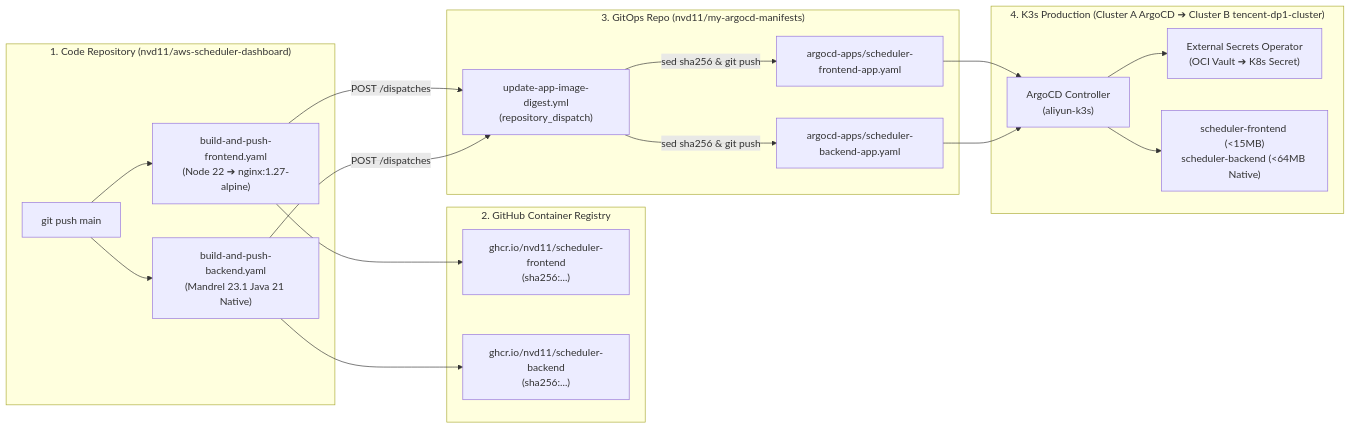
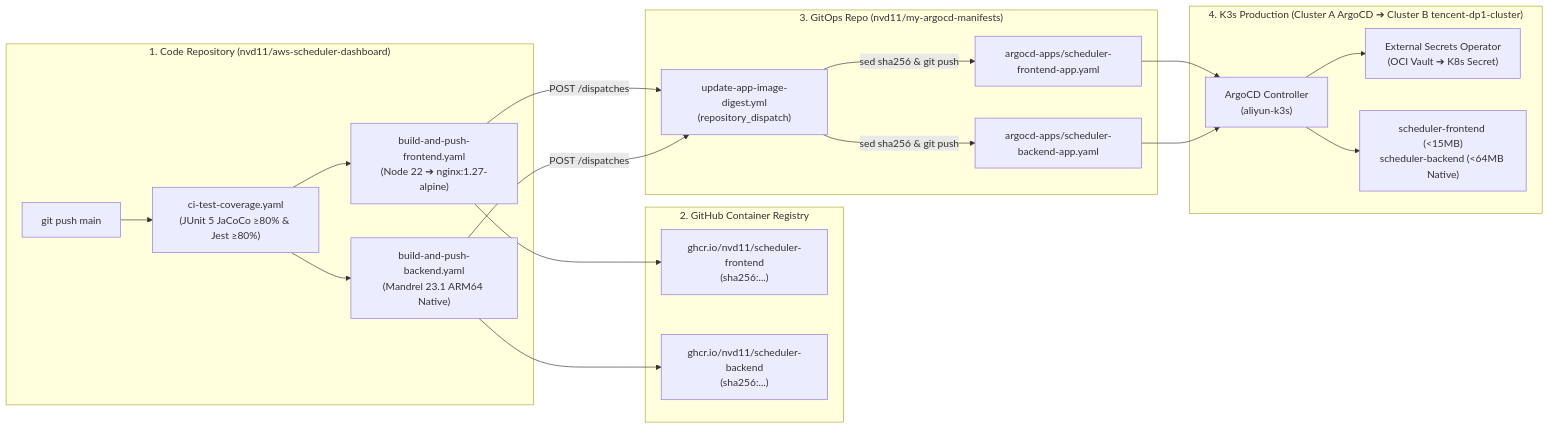
One commit to nvd11/aws-scheduler-dashboard changed the diagram in docs/DEPLOYMENT_SPEC.md. Above: the diagram before and after it, drawn with Mermaid. The commit also changed 3 other files, not shown here.

Commit message:
docs: enforce >=80% code coverage gates with JUnit 5/JaCoCo and Jest

````diff
--- a/docs/DEPLOYMENT_SPEC.md
+++ b/docs/DEPLOYMENT_SPEC.md
@@ -17,32 +17,33 @@
 ```mermaid
 flowchart LR
     subgraph Repo["1. Code Repository (nvd11/aws-scheduler-dashboard)"]
         Push["git push main"]
+        CI_Test["ci-test-coverage.yaml<br/>(JUnit 5 JaCoCo ≥80% & Jest ≥80%)"]
         GHA_FE["build-and-push-frontend.yaml<br/>(Node 22 ➔ nginx:1.27-alpine)"]
-        GHA_BE["build-and-push-backend.yaml<br/>(Mandrel 23.1 Java 21 Native)"]
-        Push --> GHA_FE & GHA_BE
+        GHA_BE["build-and-push-backend.yaml<br/>(Mandrel 23.1 ARM64 Native)"]
+        Push --> CI_Test --> GHA_FE & GHA_BE
     end
 
     subgraph GHCR["2. GitHub Container Registry"]
         Img_FE["ghcr.io/nvd11/scheduler-frontend<br/>(sha256:...)"]
         Img_BE["ghcr.io/nvd11/scheduler-backend<br/>(sha256:...)"]
         GHA_FE --> Img_FE
         GHA_BE --> Img_BE
     end
 
     subgraph GitOps["3. GitOps Repo (nvd11/my-argocd-manifests)"]
         Dispatch["update-app-image-digest.yml<br/>(repository_dispatch)"]
         App_FE["argocd-apps/scheduler-frontend-app.yaml"]
         App_BE["argocd-apps/scheduler-backend-app.yaml"]
         GHA_FE & GHA_BE -->|POST /dispatches| Dispatch
         Dispatch -->|sed sha256 & git push| App_FE & App_BE
     end
 
     subgraph K3s["4. K3s Production (Cluster A ArgoCD ➔ Cluster B tencent-dp1-cluster)"]
         Argo["ArgoCD Controller<br/>(aliyun-k3s)"]
         ESO["External Secrets Operator<br/>(OCI Vault ➔ K8s Secret)"]
         Pods["scheduler-frontend (<15MB)<br/>scheduler-backend (<64MB Native)"]
         App_FE & App_BE --> Argo
         Argo --> ESO & Pods
     end
 ```
````
